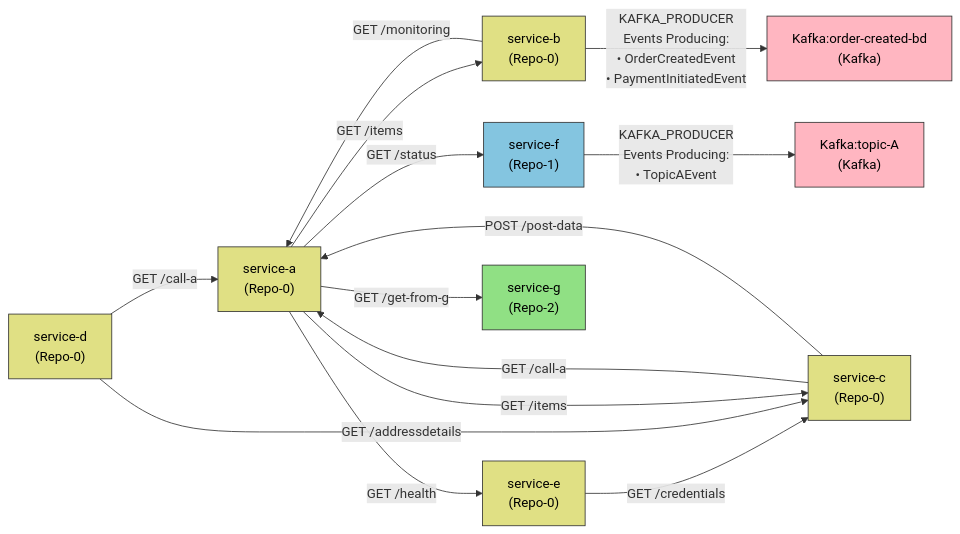
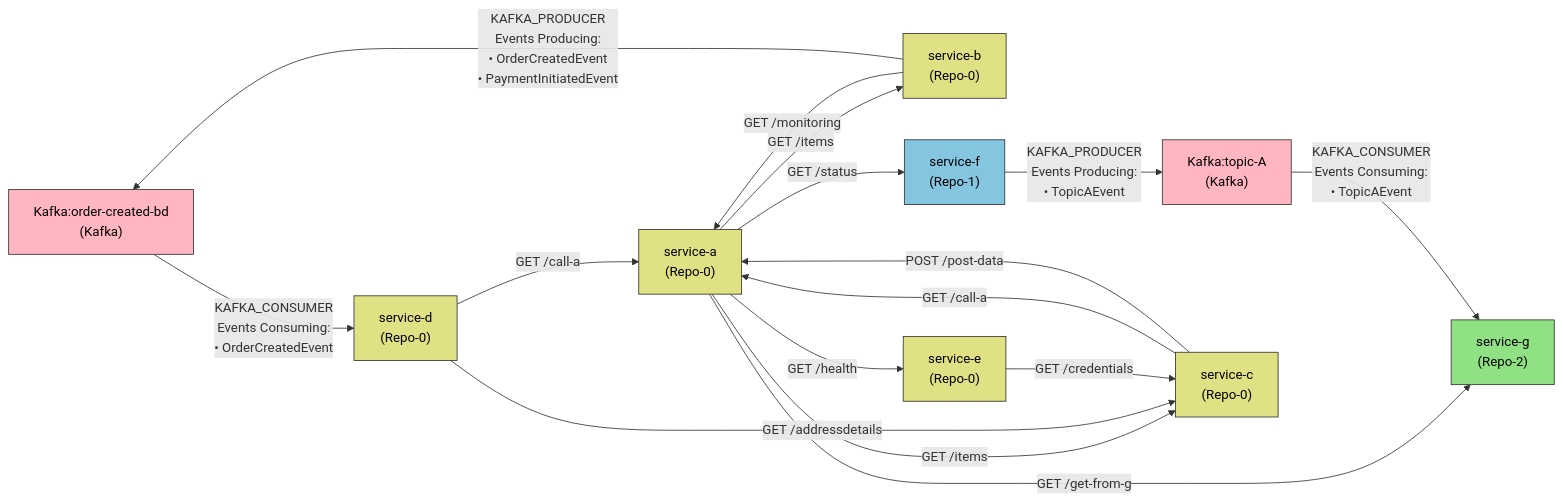
The diagram in output/deps.md (lokesh0507/First_project), drawn with Mermaid before and after one commit. The commit also changed 4 other files, not shown here.

````diff
--- a/output/deps.md
+++ b/output/deps.md
@@ -1,45 +1,47 @@
 ```mermaid
 graph LR
 classDef Kafka fill:#FFB6C1,stroke:#333,color:#000
 classDef Repo_0 fill:#E0E084,stroke:#333,color:#000
 classDef Repo_1 fill:#84C5E0,stroke:#333,color:#000
 classDef Repo_2 fill:#90E084,stroke:#333,color:#000
 
   Kafka_order_created_bd["Kafka:order-created-bd
 (Kafka)"]
   Kafka_topic_A["Kafka:topic-A
 (Kafka)"]
   service_a["service-a
 (Repo-0)"]
   service_b["service-b
 (Repo-0)"]
   service_c["service-c
 (Repo-0)"]
   service_d["service-d
 (Repo-0)"]
   service_e["service-e
 (Repo-0)"]
   service_f["service-f
 (Repo-1)"]
   service_g["service-g
 (Repo-2)"]
 
-  service_e -->|GET /credentials| service_c
-  service_d -->|GET /call-a| service_a
-  service_d -->|GET /addressdetails| service_c
   service_a -->|GET /items| service_b
   service_a -->|GET /items| service_c
   service_a -->|GET /health| service_e
   service_a -->|GET /get-from-g| service_g
   service_a -->|GET /status| service_f
+  service_b -->|GET /monitoring| service_a
   service_c -->|GET /call-a| service_a
   service_c -->|POST /post-data| service_a
-  service_b -->|GET /monitoring| service_a
+  service_d -->|GET /call-a| service_a
+  service_d -->|GET /addressdetails| service_c
+  service_e -->|GET /credentials| service_c
   service_b -->|"KAFKA_PRODUCER<br/>Events Producing:<br/>• OrderCreatedEvent<br/>• PaymentInitiatedEvent"| Kafka_order_created_bd
+  Kafka_order_created_bd -->|"KAFKA_CONSUMER<br/>Events Consuming:<br/>• OrderCreatedEvent"| service_d
   service_f -->|"KAFKA_PRODUCER<br/>Events Producing:<br/>• TopicAEvent"| Kafka_topic_A
+  Kafka_topic_A -->|"KAFKA_CONSUMER<br/>Events Consuming:<br/>• TopicAEvent"| service_g
 
 class Kafka_order_created_bd,Kafka_topic_A Kafka
 class service_a,service_b,service_c,service_d,service_e Repo_0
 class service_f Repo_1
 class service_g Repo_2
 ```
````
